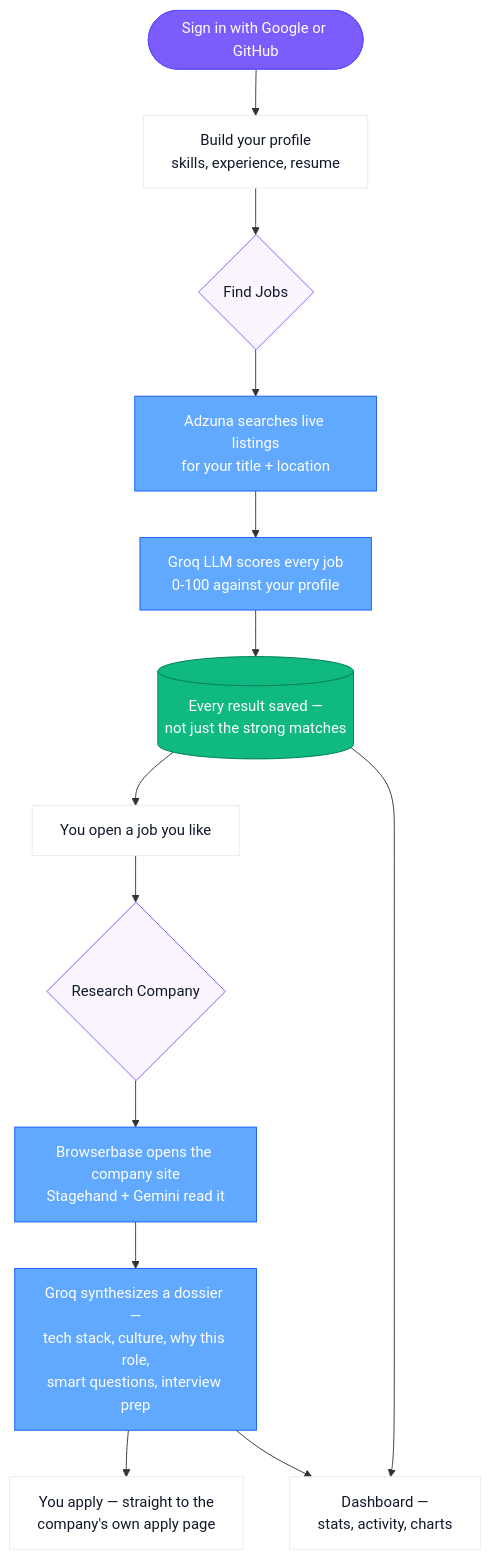
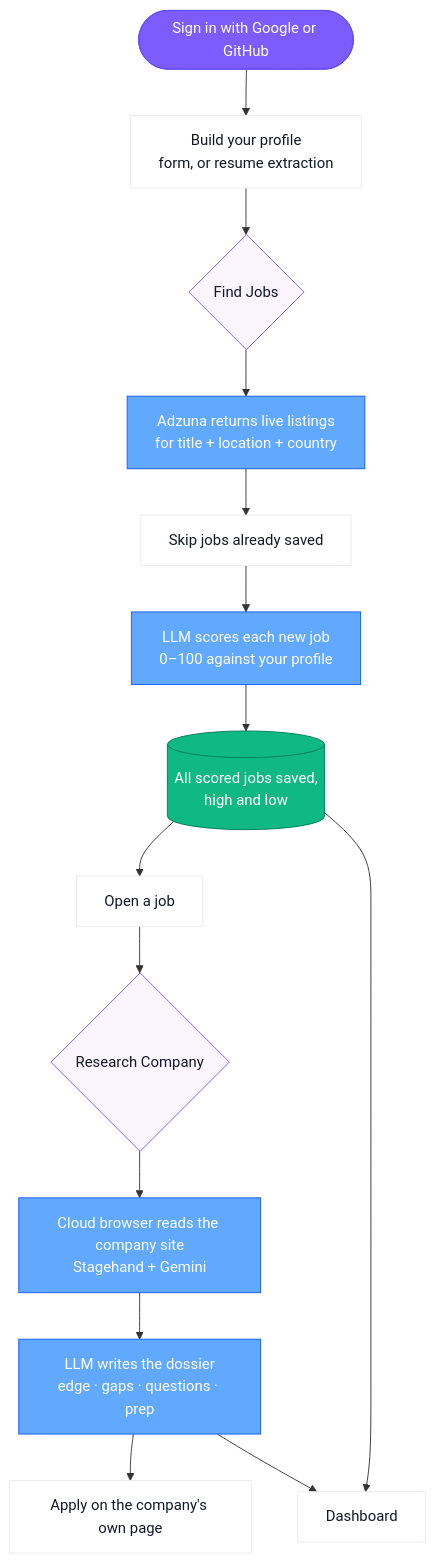
The second of 9 diagrams in README.md (PranavSingla101/Applyr-AI), drawn with Mermaid before and after one commit. The commit also changed other lines of this file and 21 other files, not shown here.

````diff
--- a/README.md
+++ b/README.md
@@ -83,29 +173,27 @@
 ```mermaid
 flowchart TD
-    A([Sign in with Google or GitHub]) --> B[Build your profile<br/>skills, experience, resume]
+    A([Sign in with Google or GitHub]) --> B[Build your profile<br/>form, or resume extraction]
     B --> C{Find Jobs}
-    C --> D[Adzuna searches live listings<br/>for your title + location]
-    D --> E[Groq LLM scores every job<br/>0-100 against your profile]
-    E --> F[(Every result saved —<br/>not just the strong matches)]
-    F --> G[You open a job you like]
-    G --> H{Research Company}
-    H --> I[Browserbase opens the company site<br/>Stagehand + Gemini read it]
-    I --> J[Groq synthesizes a dossier —<br/>tech stack, culture, why this role,<br/>smart questions, interview prep]
-    J --> K[You apply — straight to the<br/>company's own apply page]
-    F --> L[Dashboard —<br/>stats, activity, charts]
-    J --> L
+    C --> D[Adzuna returns live listings<br/>for title + location + country]
+    D --> E[Skip jobs already saved]
+    E --> F[LLM scores each new job<br/>0–100 against your profile]
+    F --> G[(All scored jobs saved,<br/>high and low)]
+    G --> H[Open a job]
+    H --> I{Research Company}
+    I --> J[Cloud browser reads the company site<br/>Stagehand + Gemini]
+    J --> K[LLM writes the dossier<br/>edge · gaps · questions · prep]
+    K --> L[Apply on the company's own page]
+    G --> M[Dashboard]
+    K --> M
 
     classDef start fill:#7c5cfc,stroke:#5e4cff,color:#fff
-    classDef action fill:#ffffff,stroke:#e7eaf3,color:#101828
+    classDef step fill:#ffffff,stroke:#e7eaf3,color:#101828
     classDef ai fill:#61a8ff,stroke:#155dfc,color:#fff
     classDef store fill:#10b981,stroke:#007a55,color:#fff
     classDef decision fill:#faf5ff,stroke:#7c5cfc,color:#101828
-
     class A start
-    class B,G,K action
-    class D,I ai
-    class E,J ai
-    class F store
-    class C,H decision
-    class L action
+    class B,E,H,L,M step
+    class D,F,J,K ai
+    class G store
+    class C,I decision
 ```
````
